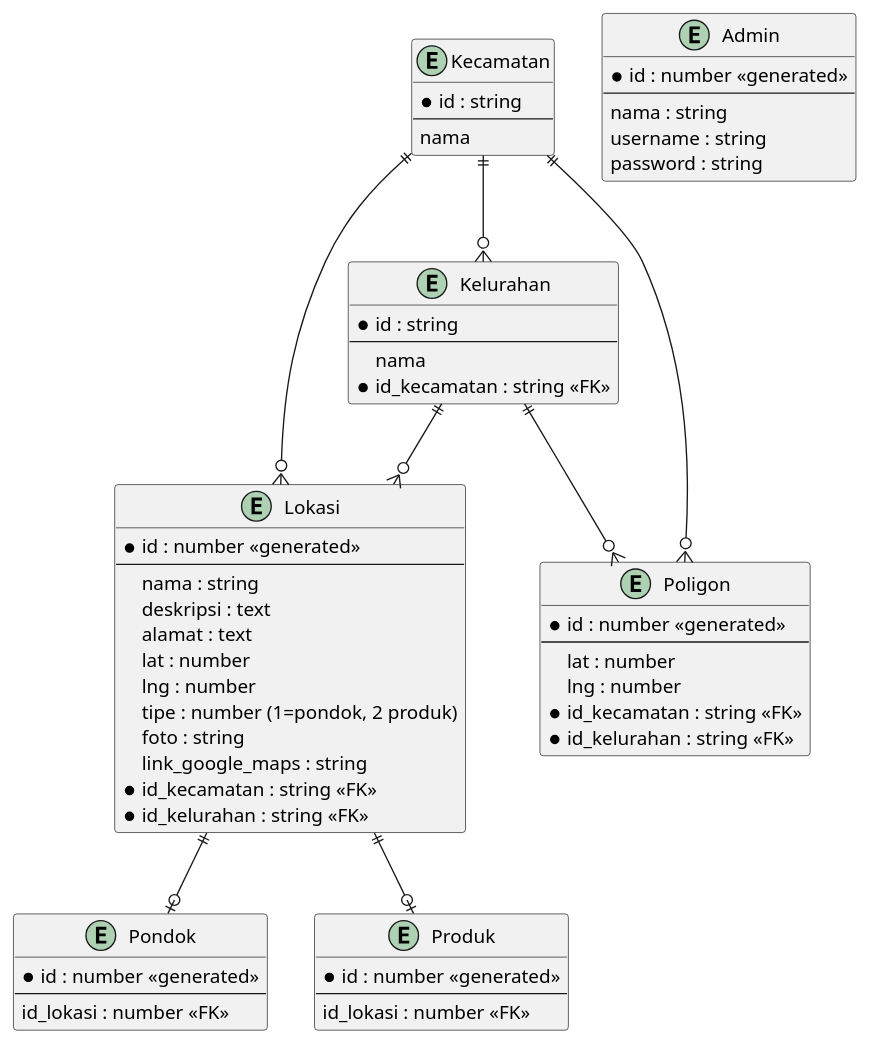
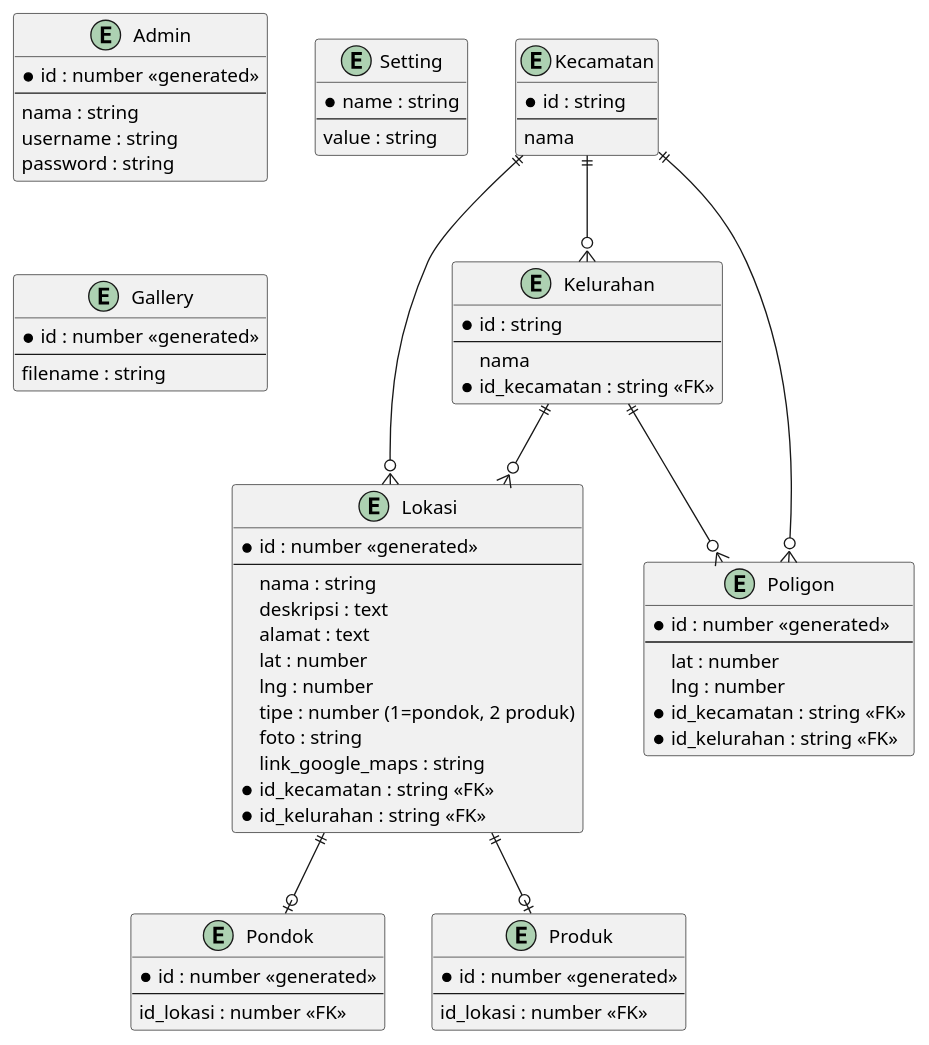
The diagram in intipin.puml (Rizki36/be-intipin), drawn with PlantUML before and after one commit.

Commit message:
refactor: update erd : add setting & gallery entity

```diff
--- a/intipin.puml
+++ b/intipin.puml
@@ -1,69 +1,83 @@
 @startuml initipin
 
 entity Lokasi{
     * id : number <<generated>>
     ---
     nama : string
     deskripsi : text
     alamat : text
     lat : number
     lng : number
     tipe : number (1=pondok, 2 produk)
     foto : string
     link_google_maps : string
     * id_kecamatan : string <<FK>>
     * id_kelurahan : string <<FK>>
 }
 
 entity Pondok{
     * id : number <<generated>>
     ---
     id_lokasi : number <<FK>>
 }
 
 entity Produk{
     * id : number <<generated>>
     ---
     id_lokasi : number <<FK>>
 }
 
 entity Kecamatan{
     * id : string
     ---
     nama
 }
 
 entity Kelurahan{
     * id : string
     ---
     nama
     * id_kecamatan : string <<FK>>
 }
 
 entity Poligon{
     * id : number <<generated>>
     ---
     lat : number
     lng : number
     * id_kecamatan : string <<FK>>
     * id_kelurahan : string <<FK>>
 }
 
 entity Admin{
     * id : number <<generated>>
     ---
     nama : string
     username : string
     password : string
 }
 
+entity Setting{
+    * name : string
+    ---
+    value : string
+}
+
+entity Gallery{
+    * id : number <<generated>>
+    ---
+    filename : string
+}
+
+
+
 Lokasi ||--o| Pondok
 Lokasi ||--o| Produk
 Kecamatan ||--o{ Kelurahan
 Kecamatan ||--o{ Lokasi
 Kecamatan ||--o{ Poligon
 Kelurahan ||--o{ Lokasi
 Kelurahan ||--o{ Poligon
 
 
 @enduml
```
